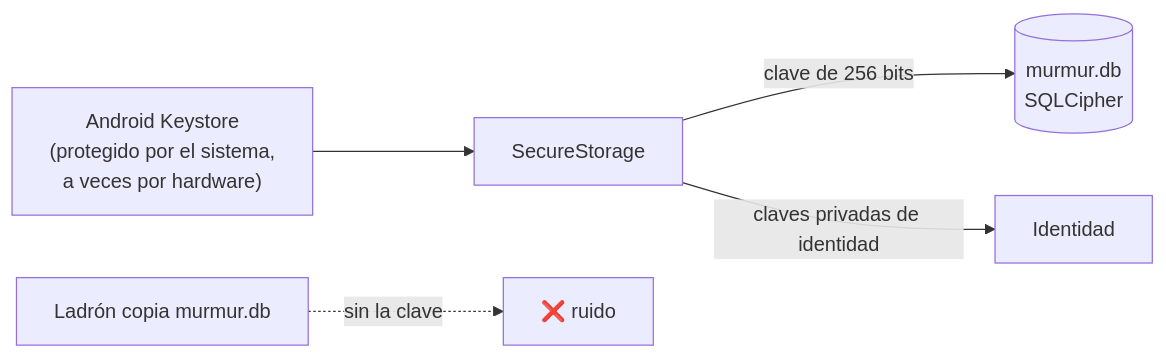
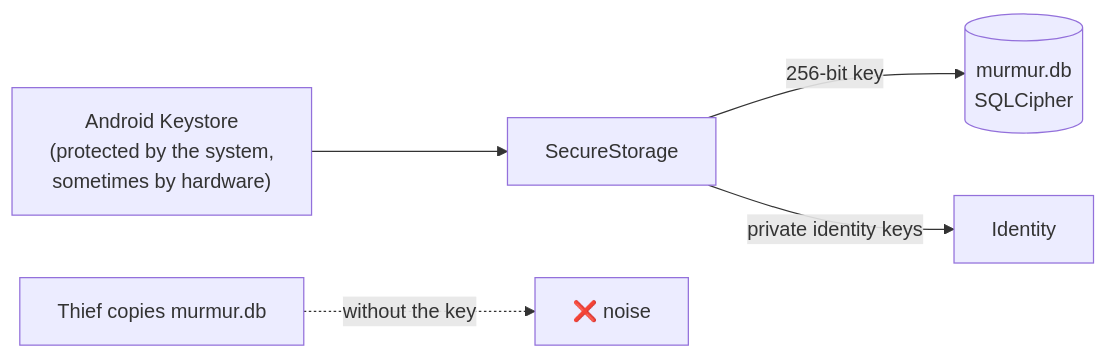
One commit to fsoftt/Murmur changed the diagram in website/concepts/encrypted-storage.md. Above: the diagram before and after it, drawn with Mermaid. The commit also changed other lines of this file and 51 other files, not shown here.

````diff
--- a/website/concepts/encrypted-storage.md
+++ b/website/concepts/encrypted-storage.md
@@ -11,7 +11,7 @@
 ```mermaid
 flowchart LR
-    KS["Android Keystore<br/>(protegido por el sistema,<br/>a veces por hardware)"] --> SS[SecureStorage]
-    SS -- "clave de 256 bits" --> DB[(murmur.db<br/>SQLCipher)]
-    SS -- "claves privadas de identidad" --> ID[Identidad]
-    FILE[Ladrón copia murmur.db] -. sin la clave .-> X[❌ ruido]
+    KS["Android Keystore<br/>(protected by the system,<br/>sometimes by hardware)"] --> SS[SecureStorage]
+    SS -- "256-bit key" --> DB[(murmur.db<br/>SQLCipher)]
+    SS -- "private identity keys" --> ID[Identity]
+    FILE[Thief copies murmur.db] -. without the key .-> X[❌ noise]
 ```
````
